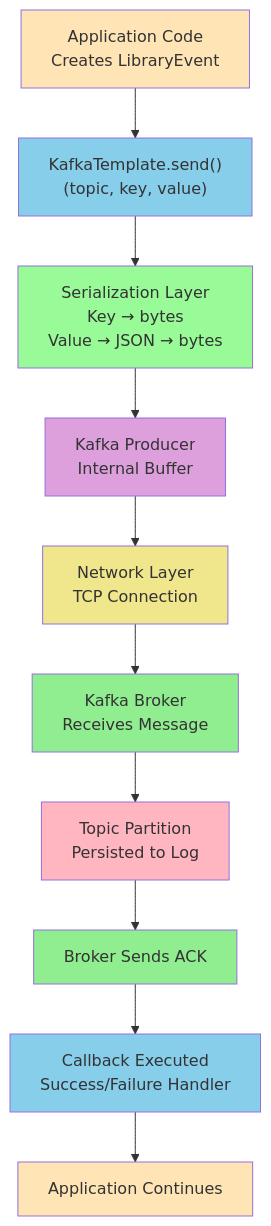
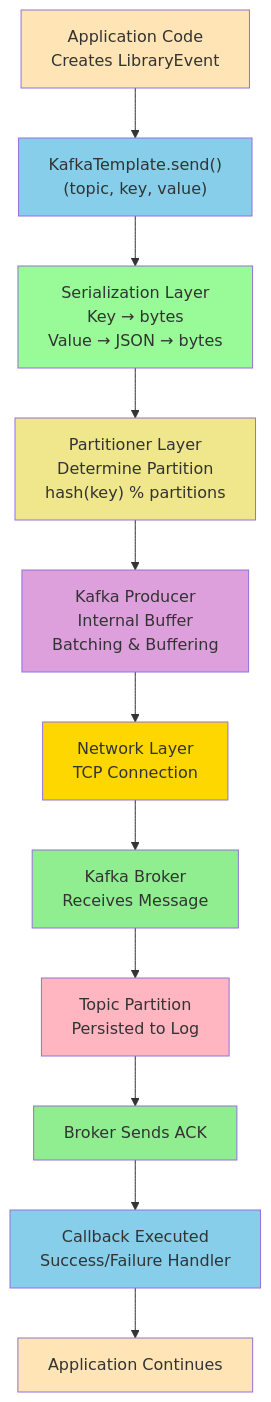
The first of 18 diagrams in library-events-producer-v2/docs/KAFKA_TEMPLATE_GUIDE.md (dilipsundarraj1/kafka-for-developers-using-spring-boot-v2), drawn with Mermaid before and after one commit.

Commit message:
fixed the mermaid diagram with partitioner

````diff
--- a/library-events-producer-v2/docs/KAFKA_TEMPLATE_GUIDE.md
+++ b/library-events-producer-v2/docs/KAFKA_TEMPLATE_GUIDE.md
@@ -28,23 +28,25 @@
 ```mermaid
 graph TD
     A["Application Code<br/>Creates LibraryEvent"] --> B["KafkaTemplate.send()<br/>(topic, key, value)"]
     B --> C["Serialization Layer<br/>Key → bytes<br/>Value → JSON → bytes"]
-    C --> D["Kafka Producer<br/>Internal Buffer"]
-    D --> E["Network Layer<br/>TCP Connection"]
-    E --> F["Kafka Broker<br/>Receives Message"]
-    F --> G["Topic Partition<br/>Persisted to Log"]
-    G --> H["Broker Sends ACK"]
-    H --> I["Callback Executed<br/>Success/Failure Handler"]
-    I --> J["Application Continues"]
+    C --> D["Partitioner Layer<br/>Determine Partition<br/>hash(key) % partitions"]
+    D --> E["Kafka Producer<br/>Internal Buffer<br/>Batching & Buffering"]
+    E --> F["Network Layer<br/>TCP Connection"]
+    F --> G["Kafka Broker<br/>Receives Message"]
+    G --> H["Topic Partition<br/>Persisted to Log"]
+    H --> I["Broker Sends ACK"]
+    I --> J["Callback Executed<br/>Success/Failure Handler"]
+    J --> K["Application Continues"]
     
     style A fill:#FFE4B5
     style B fill:#87CEEB
     style C fill:#98FB98
-    style D fill:#DDA0DD
-    style E fill:#F0E68C
-    style F fill:#90EE90
-    style G fill:#FFB6C1
-    style H fill:#90EE90
-    style I fill:#87CEEB
-    style J fill:#FFE4B5
+    style D fill:#F0E68C
+    style E fill:#DDA0DD
+    style F fill:#FFD700
+    style G fill:#90EE90
+    style H fill:#FFB6C1
+    style I fill:#90EE90
+    style J fill:#87CEEB
+    style K fill:#FFE4B5
 ```
````
